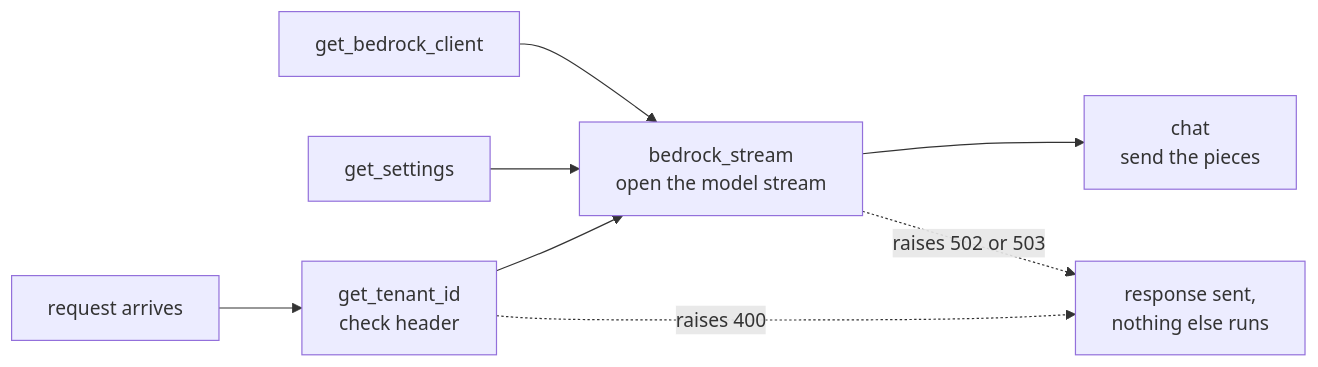
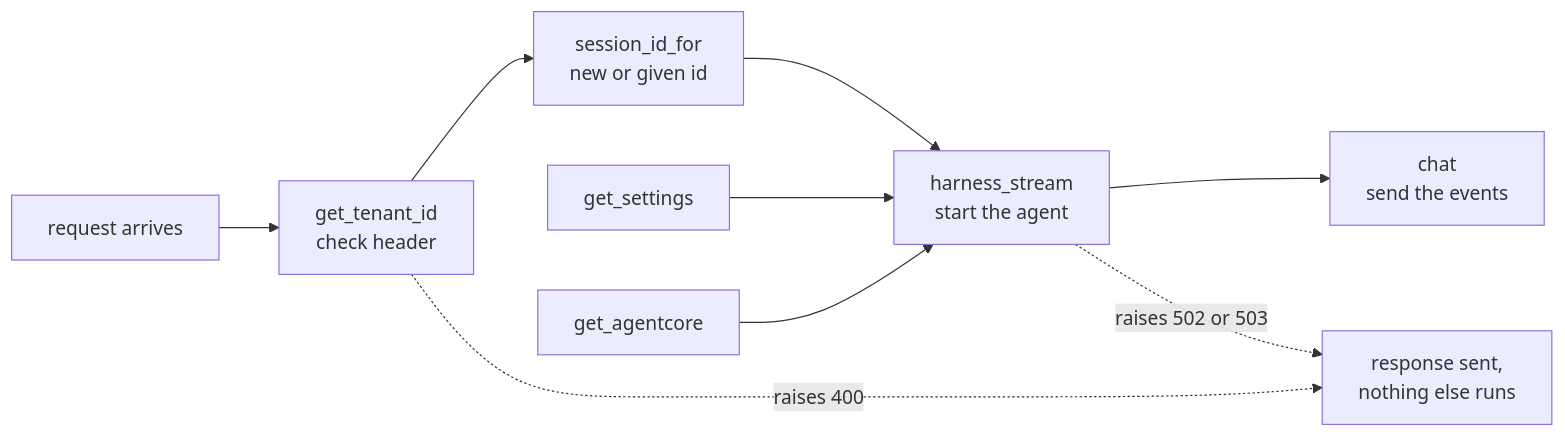
One commit to yashzord/Docs_Copilot changed the first of 5 diagrams in docs/learning/web.md. Above: the diagram before and after it, drawn with Mermaid. The commit also changed other lines of this file and 10 other files, not shown here.

````diff
--- a/docs/learning/web.md
+++ b/docs/learning/web.md
@@ -105,10 +123,11 @@
 ```mermaid
 flowchart LR
     R[request arrives] --> T[get_tenant_id<br/>check header]
-    T --> S[bedrock_stream<br/>open the model stream]
+    T --> I[session_id_for<br/>new or given id]
+    I --> S[harness_stream<br/>start the agent]
     G[get_settings] --> S
-    K[get_bedrock_client] --> S
-    S --> C[chat<br/>send the pieces]
+    K[get_agentcore] --> S
+    S --> C[chat<br/>send the events]
     T -.raises 400.-> X[response sent,<br/>nothing else runs]
     S -.raises 502 or 503.-> X
 ```
````
